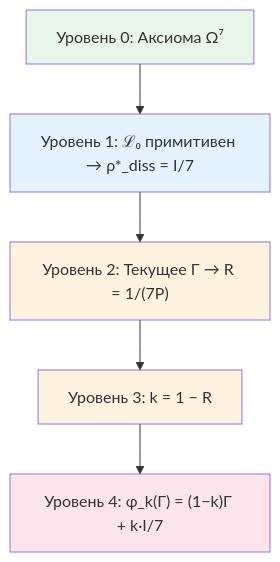
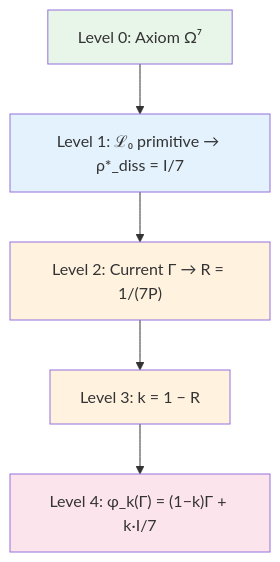
Before and after one commit to gst-st/uhm: the diagram in website/docs/core/operators/phi-operator.md, drawn with Mermaid. The commit also changed other lines of this file and 25 other files, not shown here.

````diff
--- a/website/docs/core/operators/phi-operator.md
+++ b/website/docs/core/operators/phi-operator.md
@@ -422,17 +422,17 @@
 ```mermaid
 graph TD
-    A["Уровень 0: Аксиома Ω⁷"]
-    B["Уровень 1: ℒ₀ примитивен → ρ*_diss = I/7"]
-    C["Уровень 2: Текущее Γ → R = 1/(7P)"]
-    D["Уровень 3: k = 1 − R"]
-    E["Уровень 4: φ_k(Γ) = (1−k)Γ + k·I/7"]
+    A["Level 0: Axiom Ω⁷"]
+    B["Level 1: ℒ₀ primitive → ρ*_diss = I/7"]
+    C["Level 2: Current Γ → R = 1/(7P)"]
+    D["Level 3: k = 1 − R"]
+    E["Level 4: φ_k(Γ) = (1−k)Γ + k·I/7"]
     A --> B
     B --> C
     C --> D
     D --> E
     style A fill:#e8f5e9
     style B fill:#e3f2fd
     style C fill:#fff3e0
     style D fill:#fff3e0
     style E fill:#fce4ec
 ```
````
